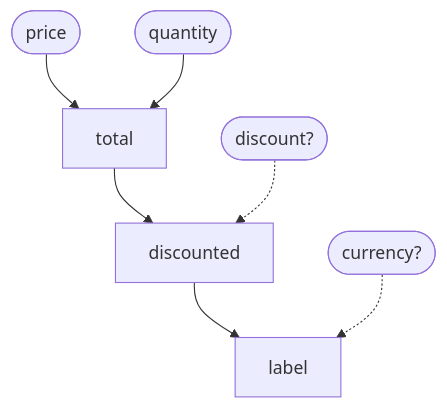
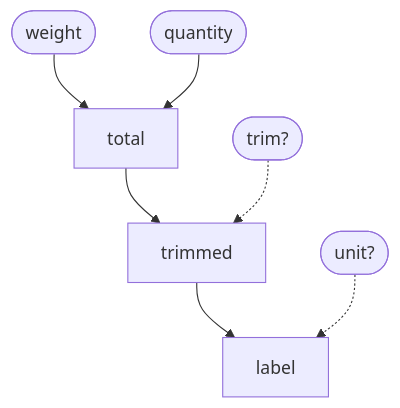
The diagram in README.md (kelsayed17/fnloom), drawn with Mermaid before and after one commit. The commit also changed other lines of this file and 38 other files, not shown here.

First line of the commit message:
Plan 11 close-out: benchmarks, docs, roadmap (task 13) (#112)

````diff
--- a/README.md
+++ b/README.md
@@ -68,9 +68,9 @@
 ```mermaid
 flowchart TD
-    price([price]) --> total
+    weight([weight]) --> total
     quantity([quantity]) --> total
-    total --> discounted
-    discount([discount?]) -.-> discounted
-    discounted --> label
-    currency([currency?]) -.-> label
+    total --> trimmed
+    trim([trim?]) -.-> trimmed
+    trimmed --> label
+    unit([unit?]) -.-> label
 ```
````
